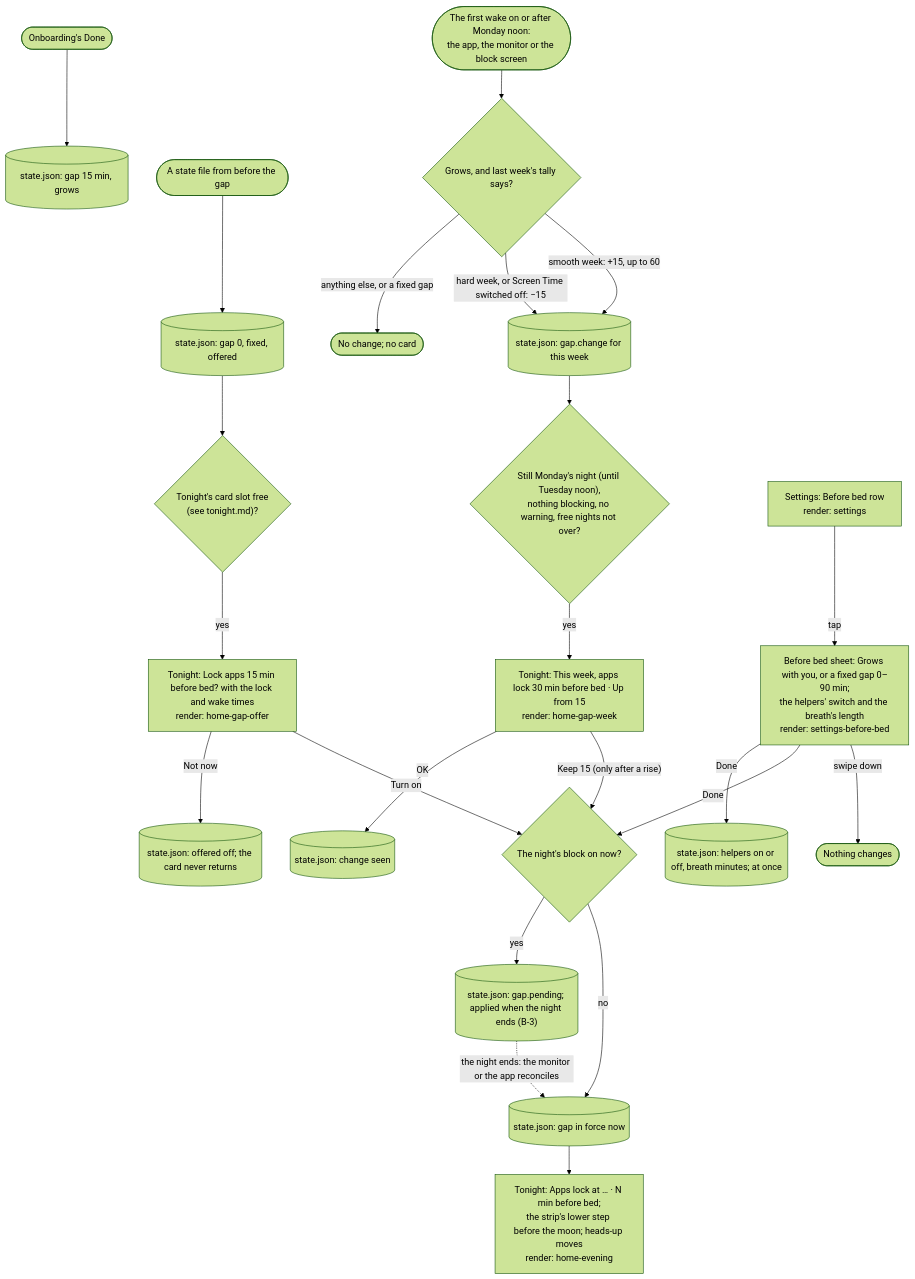
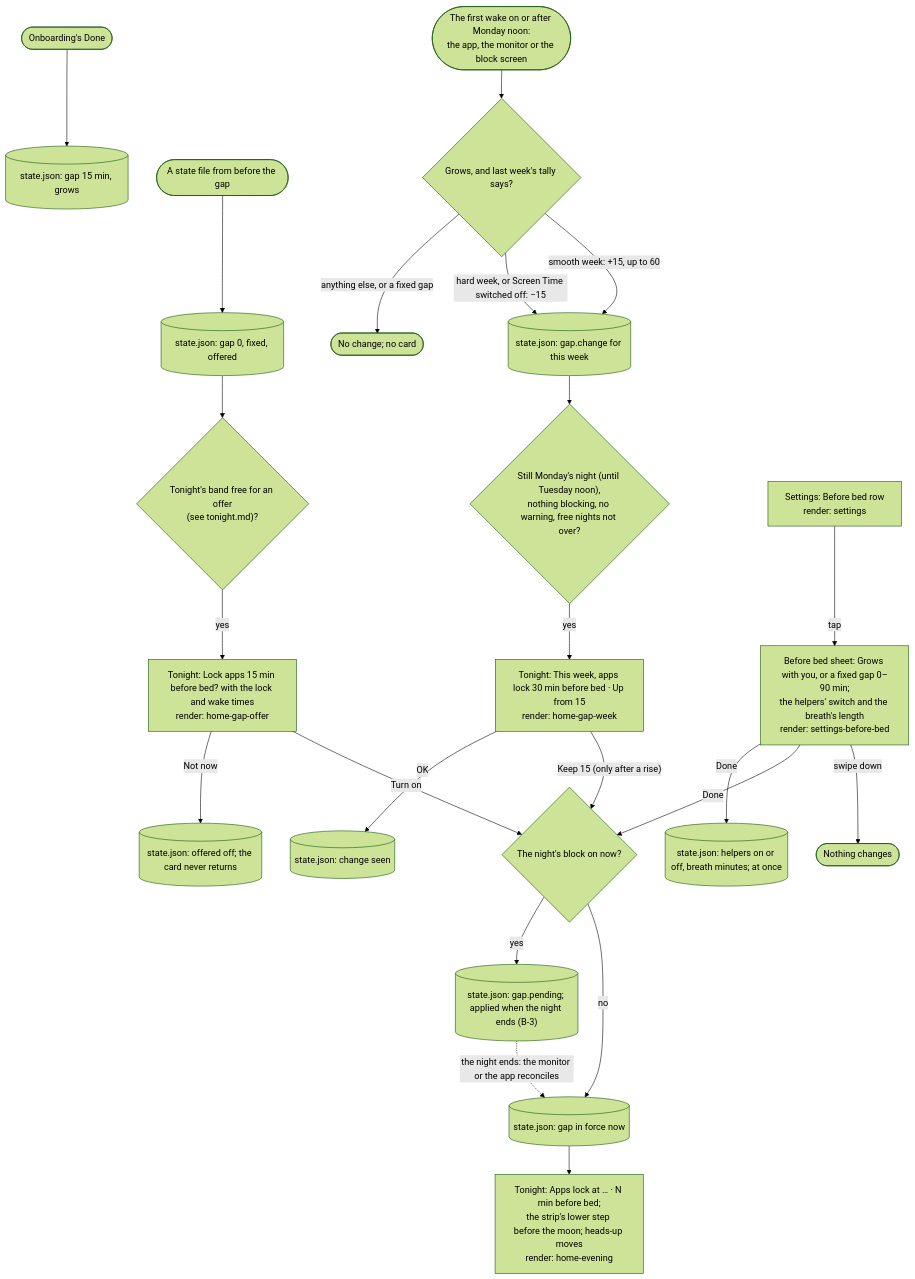
One commit to adit-rah/toll changed the first of 2 diagrams in docs/flows/before-bed.md. Above: the diagram before and after it, drawn with Mermaid (forest theme). The commit also changed 6 other files, not shown here.

First line of the commit message:
Chart Tonight's band: the rule and who owns it through a day (D86, D91, D93)

````diff
--- a/docs/flows/before-bed.md
+++ b/docs/flows/before-bed.md
@@ -11,30 +11,30 @@
 ```mermaid
 flowchart TD
   newInstall(["Onboarding's Done"]) --> grows15[("state.json: gap 15 min, grows")]
   olderInstall(["A state file from before the gap"]) --> existing[("state.json: gap 0, fixed, offered")]
-  existing --> offerCheck{"Tonight's card slot free<br/>(see tonight.md)?"}
+  existing --> offerCheck{"Tonight's band free for an offer<br/>(see tonight.md)?"}
   offerCheck -->|"yes"| offerCard["Tonight: Lock apps 15 min before bed? with the lock and wake times<br/>render: home-gap-offer"]
   offerCard -->|"Turn on"| setGap
   offerCard -->|"Not now"| offerGone[("state.json: offered off; the card never returns")]
 
   monday(["The first wake on or after Monday noon:<br/>the app, the monitor or the block screen"]) --> judge{"Grows, and last week's tally says?"}
   judge -->|"smooth week: +15, up to 60"| changed[("state.json: gap.change for this week")]
   judge -->|"hard week, or Screen Time switched off: −15"| changed
   judge -->|"anything else, or a fixed gap"| hold(["No change; no card"])
   changed --> weekCard{"Still Monday's night (until Tuesday noon),<br/>nothing blocking, no warning, free nights not over?"}
   weekCard -->|"yes"| gapWeek["Tonight: This week, apps lock 30 min before bed · Up from 15<br/>render: home-gap-week"]
   gapWeek -->|"Keep 15 (only after a rise)"| setGap
   gapWeek -->|"OK"| seen[("state.json: change seen")]
 
   settings["Settings: Before bed row<br/>render: settings"]
   settings -->|"tap"| sheet["Before bed sheet: Grows with you, or a fixed gap 0–90 min;<br/>the helpers' switch and the breath's length<br/>render: settings-before-bed"]
   sheet -->|"swipe down"| unchanged(["Nothing changes"])
   sheet -->|"Done"| setGap
   sheet -->|"Done"| helpersNow[("state.json: helpers on or off, breath minutes; at once")]
 
   setGap{"The night's block on now?"}
   setGap -->|"no"| applyNow[("state.json: gap in force now")]
   setGap -->|"yes"| held[("state.json: gap.pending; applied when the night ends (B-3)")]
   applyNow --> lockMoves["Tonight: Apps lock at … · N min before bed;<br/>the strip's lower step before the moon; heads-up moves<br/>render: home-evening"]
   held -.->|"the night ends: the monitor or the app reconciles"| applyNow
 ```
````
